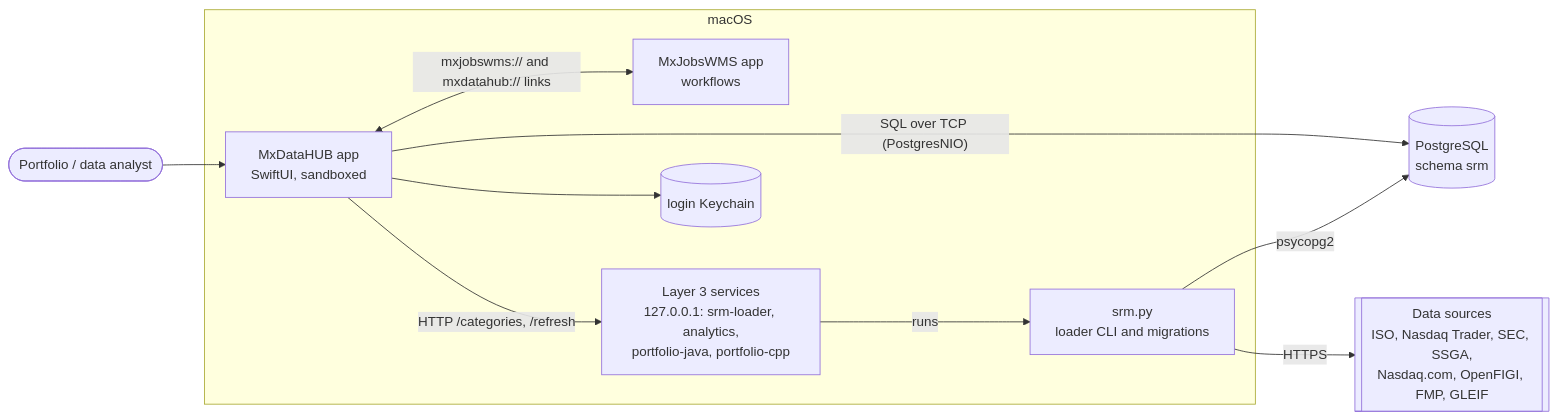
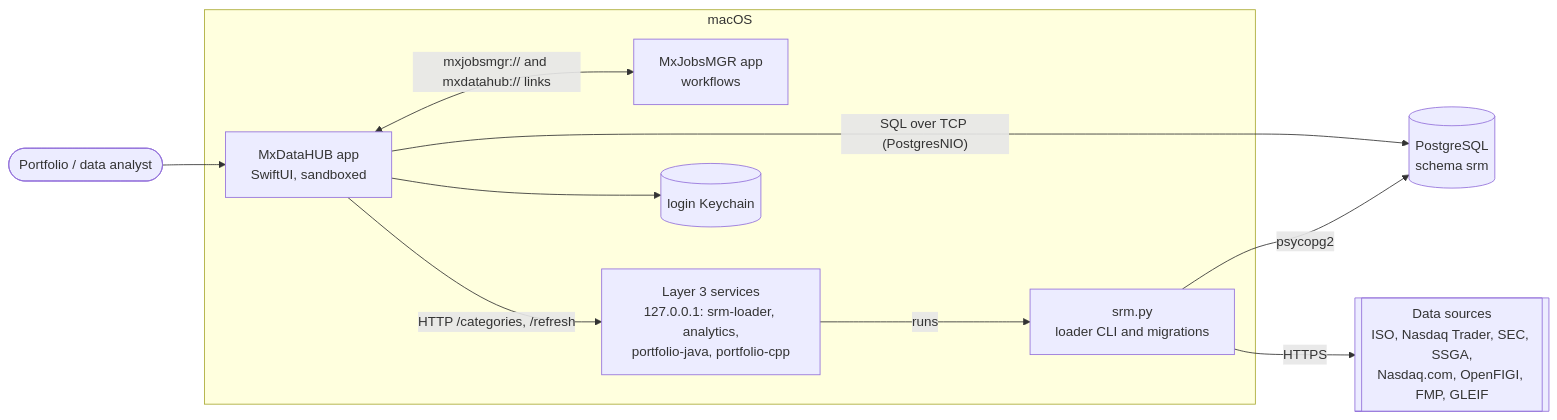
Before and after one commit to k3jdr/Public: the diagram in MxAppsIDE/MxDataHUB/c4/README.md, drawn with Mermaid. The commit also changed other lines of this file and 425 other files, not shown here.

First line of the commit message:
MxAppsIDE: sync MxAppsIOS 5a70603 — MxJobsWMS is MxJobsMGR, MxPortMGR is MxAcctMGR

````diff
--- a/MxAppsIDE/MxDataHUB/c4/README.md
+++ b/MxAppsIDE/MxDataHUB/c4/README.md
@@ -26,22 +26,22 @@
 ```mermaid
 flowchart LR
     user([Portfolio / data analyst])
     subgraph mac[macOS]
         hub[MxDataHUB app<br/>SwiftUI, sandboxed]
-        wms[MxJobsWMS app<br/>workflows]
+        wms[MxJobsMGR app<br/>workflows]
         svc[Layer 3 services<br/>127.0.0.1: srm-loader, analytics,<br/>portfolio-java, portfolio-cpp]
         cli[srm.py<br/>loader CLI and migrations]
         kc[(login Keychain)]
     end
     db[(PostgreSQL<br/>schema srm)]
     src[[Data sources<br/>ISO, Nasdaq Trader, SEC, SSGA,<br/>Nasdaq.com, OpenFIGI, FMP, GLEIF]]
 
     user --> hub
     hub -- "SQL over TCP (PostgresNIO)" --> db
     hub -- "HTTP /categories, /refresh" --> svc
-    hub <-- "mxjobswms:// and mxdatahub:// links" --> wms
+    hub <-- "mxjobsmgr:// and mxdatahub:// links" --> wms
     hub --> kc
     svc -- runs --> cli
     cli -- "psycopg2" --> db
     cli -- HTTPS --> src
 ```
````
